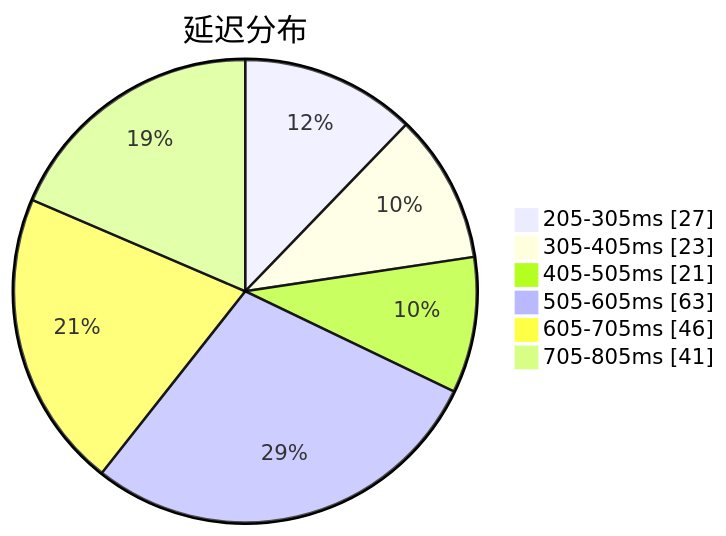
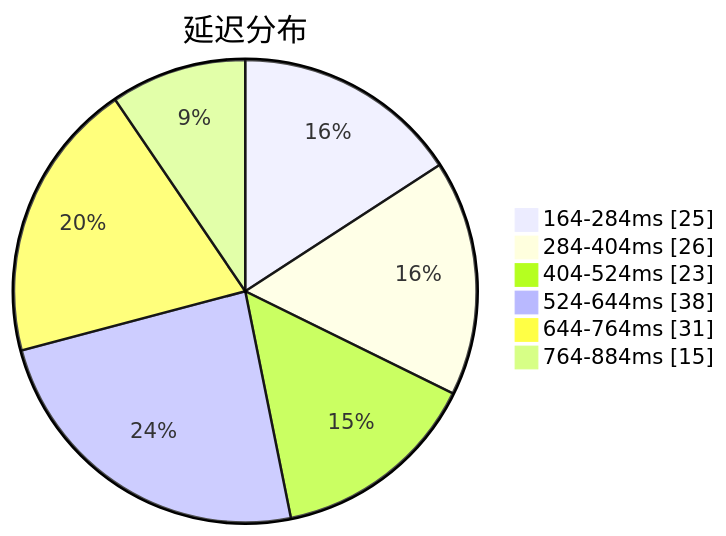
One commit to qjlxg/airport changed the first of 3 diagrams in subs/statistics/tested_within.md. Above: the diagram before and after it, drawn with Mermaid. The commit also changed other lines of this file and 2 other files, not shown here.

````diff
--- a/subs/statistics/tested_within.md
+++ b/subs/statistics/tested_within.md
@@ -2,10 +2,10 @@
 ```mermaid
 pie showData
 title 延迟分布
-"205-305ms" : 27
-"305-405ms" : 23
-"405-505ms" : 21
-"505-605ms" : 63
-"605-705ms" : 46
-"705-805ms" : 41
+"164-284ms" : 25
+"284-404ms" : 26
+"404-524ms" : 23
+"524-644ms" : 38
+"644-764ms" : 31
+"764-884ms" : 15
 ```
````
